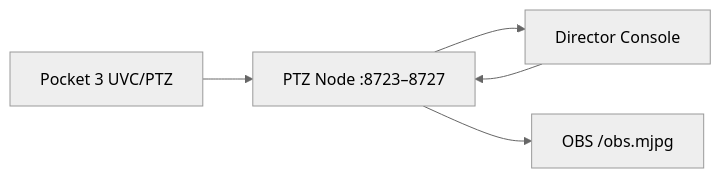
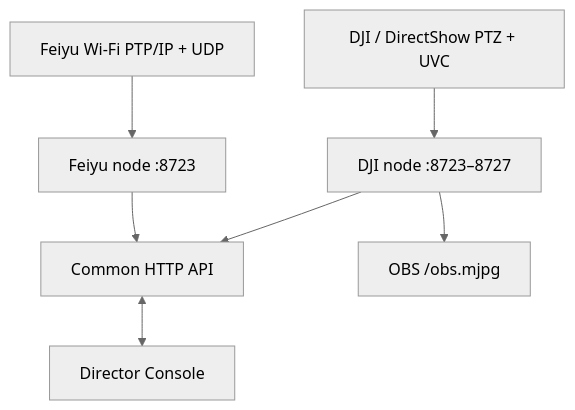
The diagram in ARCHITECTURE.md (Evan931001/Pocket-3-4-4P-PTZ), drawn with Mermaid (neutral theme) before and after one commit. The commit also changed other lines of this file and 14 other files, not shown here.

Commit message:
feat: add experimental Feiyu Pocket 3 backend

````diff
--- a/ARCHITECTURE.md
+++ b/ARCHITECTURE.md
@@ -5,7 +5,9 @@
 ```mermaid
-flowchart LR
-    C["Pocket 3 UVC/PTZ"] --> N["PTZ Node :8723–8727"]
-    N --> D["Director Console"]
-    N --> O["OBS /obs.mjpg"]
-    D --> N
+flowchart TD
+    DJI["DJI / DirectShow PTZ + UVC"] --> DN["DJI node :8723–8727"]
+    FY["Feiyu Wi-Fi PTP/IP + UDP"] --> FN["Feiyu node :8723"]
+    DN --> API["Common HTTP API"]
+    FN --> API
+    API <--> D["Director Console"]
+    DN --> O["OBS /obs.mjpg"]
 ```
````
